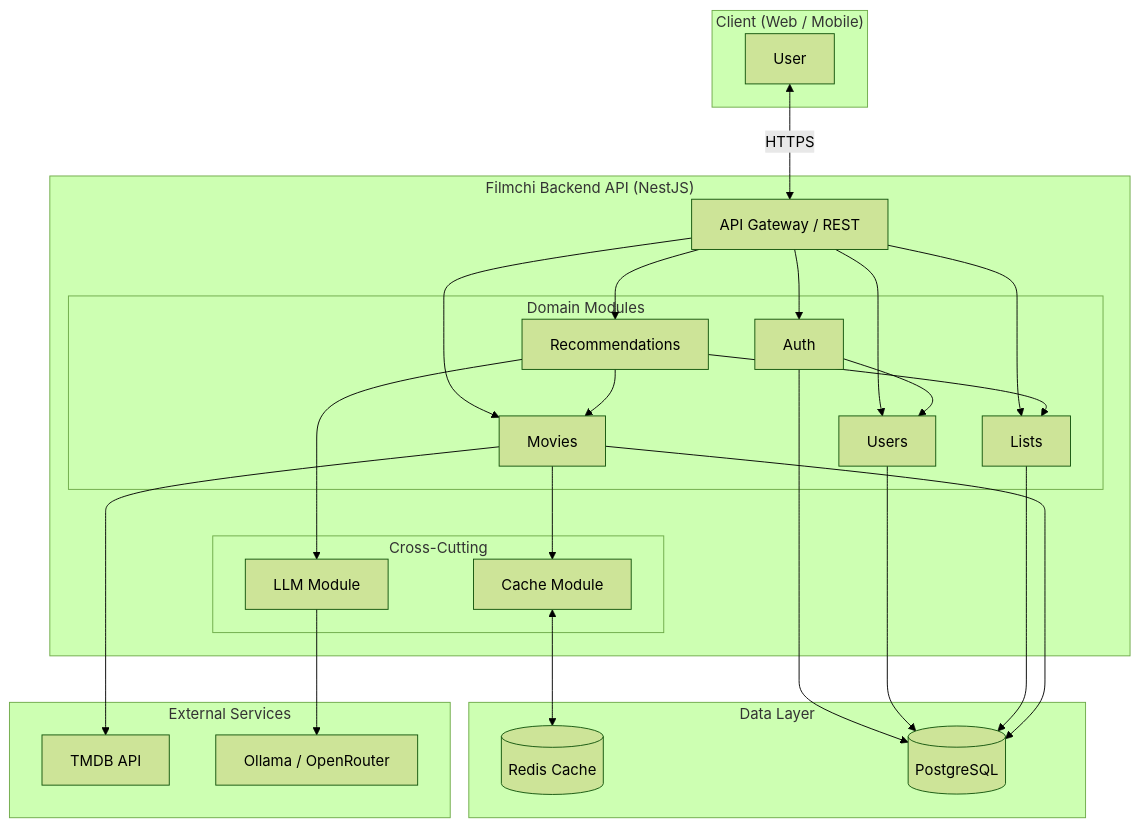
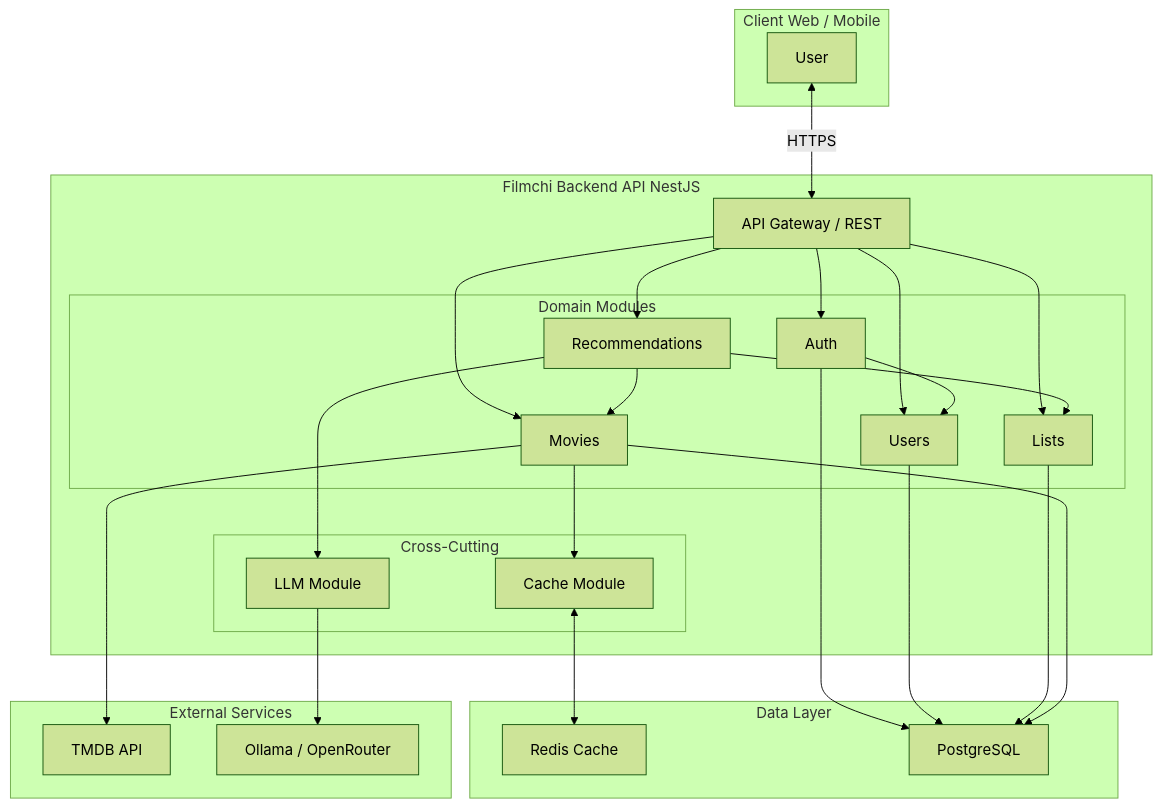
The first of 3 diagrams in docs/03-Architecture.md (amirabedinii/Filmchi_Back), drawn with Mermaid (forest theme) before and after one commit. The commit also changed other lines of this file and 1 other file, not shown here.

Commit message:
fix architecture doc

````diff
--- a/docs/03-Architecture.md
+++ b/docs/03-Architecture.md
@@ -11,54 +11,54 @@
 ```mermaid
 flowchart TB
-    subgraph Client["Client (Web / Mobile)"]
+    subgraph Client["Client Web / Mobile"]
         User[User]
     end
 
-    subgraph FilmchiAPI["Filmchi Backend API (NestJS)"]
-        Gateway[API Gateway / REST]
+    subgraph FilmchiAPI["Filmchi Backend API NestJS"]
+        Gateway["API Gateway / REST"]
         
         subgraph Modules["Domain Modules"]
             Auth[Auth]
             Users[Users]
             Movies[Movies]
             Lists[Lists]
             Recs[Recommendations]
         end
         
         subgraph CrossCutting["Cross-Cutting"]
-            CacheMod[Cache Module]
-            LLMMod[LLM Module]
+            CacheMod["Cache Module"]
+            LLMMod["LLM Module"]
         end
         
         Gateway --> Auth
         Gateway --> Users
         Gateway --> Movies
         Gateway --> Lists
         Gateway --> Recs
         
         Movies --> CacheMod
         Recs --> LLMMod
         Recs --> Lists
         Recs --> Movies
         Auth --> Users
     end
 
     subgraph Data["Data Layer"]
-        Redis[(Redis Cache)]
-        PG[(PostgreSQL)]
+        Redis["Redis Cache"]
+        PG["PostgreSQL"]
     end
 
     subgraph External["External Services"]
-        TMDB[TMDB API]
-        Ollama[Ollama / OpenRouter]
+        TMDB["TMDB API"]
+        Ollama["Ollama / OpenRouter"]
     end
 
     User <-->|HTTPS| Gateway
     CacheMod <--> Redis
     Auth --> PG
     Users --> PG
     Lists --> PG
     Movies --> PG
     Movies --> TMDB
     LLMMod --> Ollama
 ```
````
